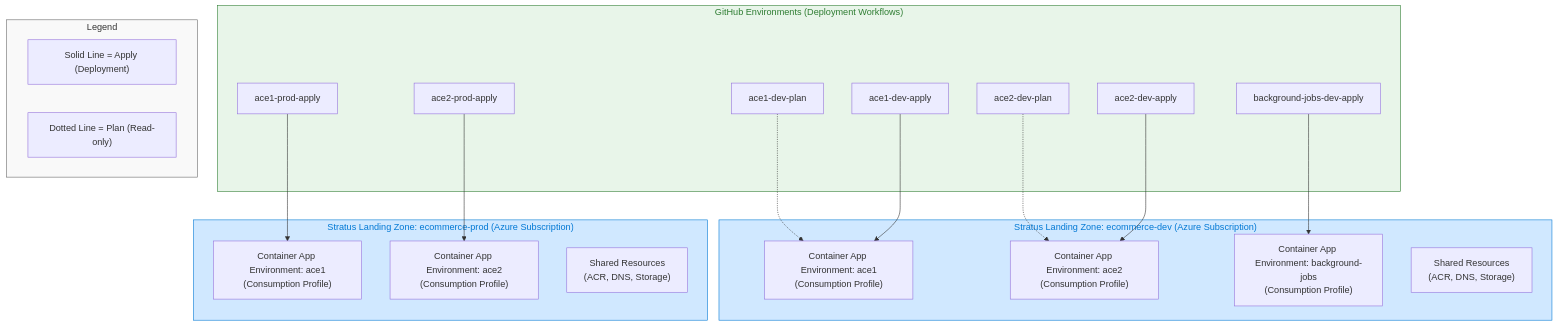
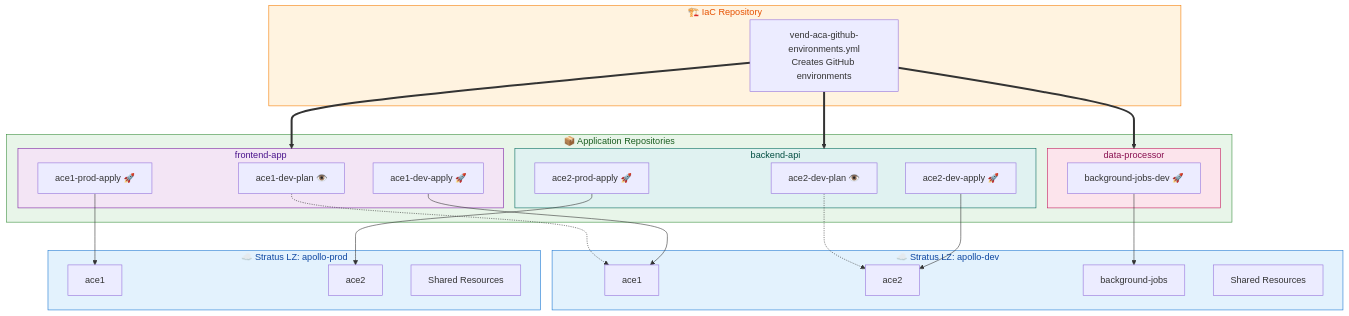
One commit to HafslundEcoVannkraft/stratus-tf-github-environments changed the first of 2 diagrams in README.md. Above: the diagram before and after it, drawn with Mermaid. The commit also changed other lines of this file and 1 other file, not shown here.

Commit message:
Improve doc, add inputs for git refs, consolidate remote_state_config inputs

````diff
--- a/README.md
+++ b/README.md
@@ -394,48 +433,65 @@
 ```mermaid
 flowchart TB
-    %% Stratus Landing Zones (Subscriptions)
-    subgraph StratusDevLZ["Stratus Landing Zone: ecommerce-dev (Azure Subscription)"]
-        DevACE1["Container App Environment: ace1<br>(Consumption Profile)"]
-        DevACE2["Container App Environment: ace2<br>(Consumption Profile)"] 
-        DevACE3["Container App Environment: background-jobs<br>(Consumption Profile)"]
-        DevShared["Shared Resources<br>(ACR, DNS, Storage)"]
+    %% IaC Repository Workflow
+    subgraph IaCRepo["🏗️ IaC Repository"]
+        Workflow["vend-aca-github-environments.yml<br/>Creates GitHub environments"]
     end
     
-    subgraph StratusProdLZ["Stratus Landing Zone: ecommerce-prod (Azure Subscription)"]
-        ProdACE1["Container App Environment: ace1<br>(Consumption Profile)"]
-        ProdACE2["Container App Environment: ace2<br>(Consumption Profile)"]
-        ProdShared["Shared Resources<br>(ACR, DNS, Storage)"]
+    %% Stratus Landing Zones (Azure Infrastructure)
+    subgraph StratusDevLZ["☁️ Stratus LZ: apollo-dev"]
+        DevACE1["ace1"]
+        DevACE2["ace2"] 
+        DevACE3["background-jobs"]
+        DevShared["Shared Resources"]
     end
     
-    %% GitHub Environments
-    subgraph GitHubEnvs["GitHub Environments (Deployment Workflows)"]
-        GH1["ace1-dev-plan"]
-        GH2["ace1-dev-apply"] 
-        GH3["ace2-dev-plan"]
-        GH4["ace2-dev-apply"]
-        GH5["background-jobs-dev-apply"]
-        GH6["ace1-prod-apply"]
-        GH7["ace2-prod-apply"]
+    subgraph StratusProdLZ["☁️ Stratus LZ: apollo-prod"]
+        ProdACE1["ace1"]
+        ProdACE2["ace2"]
+        ProdShared["Shared Resources"]
     end
     
+    %% Application Source Code Repositories
+    subgraph AppRepos["📦 Application Repositories"]
+        subgraph FrontendRepo["frontend-app"]
+            FE1["ace1-dev-plan 👁️"]
+            FE2["ace1-dev-apply 🚀"] 
+            FE3["ace1-prod-apply 🚀"]
+        end
+        
+        subgraph BackendRepo["backend-api"]
+            BE1["ace2-dev-plan 👁️"]
+            BE2["ace2-dev-apply 🚀"]
+            BE3["ace2-prod-apply 🚀"]
+        end
+        
+        subgraph JobsRepo["data-processor"]
+            JB1["background-jobs-dev 🚀"]
+        end
+    end
+    
+    %% Workflow creates environments
+    Workflow ==> FrontendRepo
+    Workflow ==> BackendRepo
+    Workflow ==> JobsRepo
+    
+    %% Deployment connections (solid = deploy, dotted = plan)
+    FE1 -.-> DevACE1
+    FE2 --> DevACE1
+    FE3 --> ProdACE1
+    
+    BE1 -.-> DevACE2
+    BE2 --> DevACE2
+    BE3 --> ProdACE2
+    
+    JB1 --> DevACE3
+    
     %% Styling
-    style StratusDevLZ fill:#d0e8ff,stroke:#0078d4,color:#0078d4
-    style StratusProdLZ fill:#d0e8ff,stroke:#0078d4,color:#0078d4
-    style GitHubEnvs fill:#e8f5e9,stroke:#2e7d32,color:#2e7d32
-    
-    %% Connections
-    GH1 -.-> DevACE1
-    GH2 --> DevACE1
-    GH3 -.-> DevACE2
-    GH4 --> DevACE2
-    GH5 --> DevACE3
-    GH6 --> ProdACE1
-    GH7 --> ProdACE2
-    
-    %% Legend
-    subgraph Legend["Legend"]
-        L1["Solid Line = Apply (Deployment)"]
-        L2["Dotted Line = Plan (Read-only)"]
-    end
-    style Legend fill:#f9f9f9,stroke:#666,color:#333
+    style StratusDevLZ fill:#e3f2fd,stroke:#1976d2,color:#0d47a1
+    style StratusProdLZ fill:#e3f2fd,stroke:#1976d2,color:#0d47a1
+    style IaCRepo fill:#fff3e0,stroke:#f57c00,color:#e65100
+    style AppRepos fill:#e8f5e9,stroke:#388e3c,color:#1b5e20
+    style FrontendRepo fill:#f3e5f5,stroke:#7b1fa2,color:#4a148c
+    style BackendRepo fill:#e0f2f1,stroke:#00695c,color:#004d40
+    style JobsRepo fill:#fce4ec,stroke:#c2185b,color:#880e4f
 ```
````
